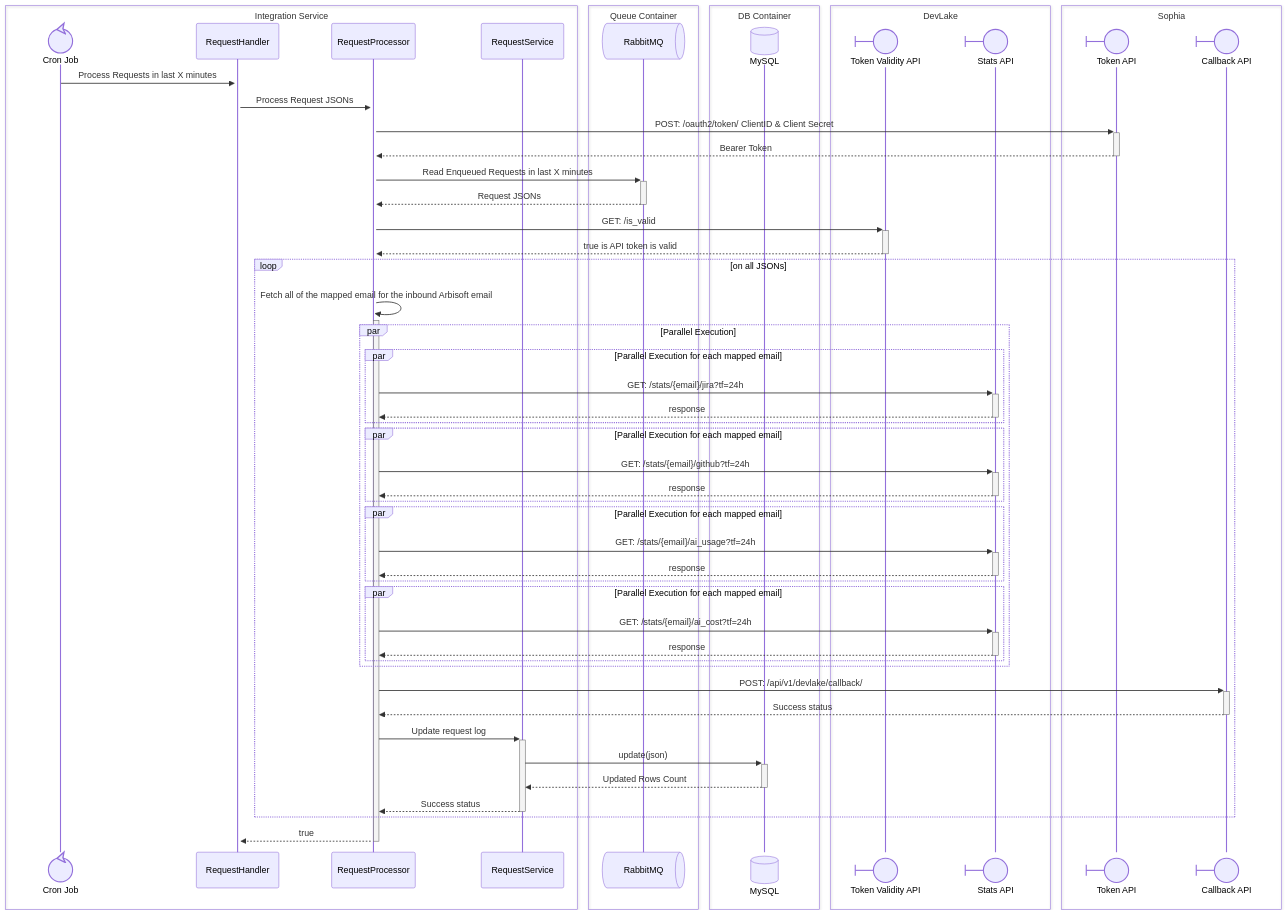
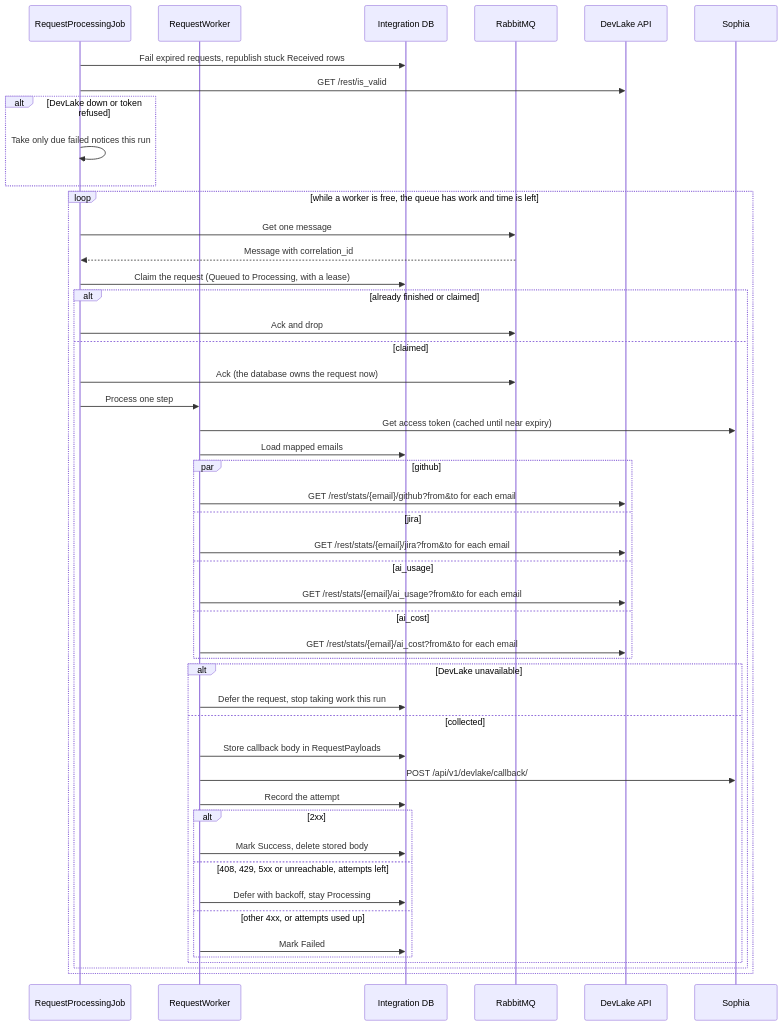
One commit to arbisoft/incubator-devlake changed the sixth of 7 diagrams in integration-service-architecture-plan.md. Above: the diagram before and after it, drawn with Mermaid. The commit also changed other lines of this file, not shown here.

First line of the commit message:
docs: update integration service plan to match the built service

````diff
--- a/integration-service-architecture-plan.md
+++ b/integration-service-architecture-plan.md
@@ -427,68 +681,51 @@
 ```mermaid
 sequenceDiagram
-    box Integration Service
-        participant cron_job@{ "type": "control" } as Cron Job
-        participant request_handler as RequestHandler
-        participant request_processor as RequestProcessor
-        participant request_service as RequestService
+    participant job as RequestProcessingJob
+    participant worker as RequestWorker
+    participant db as Integration DB
+    participant rmq as RabbitMQ
+    participant devlake as DevLake API
+    participant sophia as Sophia
+
+    job->>db: Fail expired requests, republish stuck Received rows
+    job->>devlake: GET /rest/is_valid
+    alt DevLake down or token refused
+        job->>job: Take only due failed notices this run
     end
-    box Queue Container
-        participant rmq@{ "type": "queue"} as RabbitMQ
-    end
-    box DB Container
-        participant db@{ "type": "database" } as MySQL
-    end
-    box DevLake
-        participant dl_token_validity_api@{ "type": "boundary" } as Token Validity API
-        participant stats_api@{ "type": "boundary" } as Stats API
-    end
-    box Sophia
-        participant so_token_api@{ "type": "boundary" } as Token API
-        participant callback_api@{ "type": "boundary" } as Callback API
-    end
-
-    cron_job->>+request_handler: Process Requests in last X minutes
-    request_handler->>+request_processor:Process Request JSONs
-
-    request_processor->>+so_token_api: POST: /oauth2/token/ ClientID & Client Secret
-    so_token_api-->>-request_processor: Bearer Token
-
-    request_processor->>+rmq:Read Enqueued Requests in last X minutes
-    rmq-->>-request_processor: Request JSONs
-
-    request_processor->>+dl_token_validity_api: GET: /is_valid
-    dl_token_validity_api-->>-request_processor: true is API token is valid
-
-    loop on all JSONs
-        request_processor->>+request_processor: Fetch all of the mapped email for the inbound Arbisoft email
-        par Parallel Execution
-
-            par Parallel Execution for each mapped email
-                request_processor->>+stats_api: GET: /stats/{email}/jira?tf=24h
-                stats_api-->>-request_processor: response
+    loop while a worker is free, the queue has work and time is left
+        job->>rmq: Get one message
+        rmq-->>job: Message with correlation_id
+        job->>db: Claim the request (Queued to Processing, with a lease)
+        alt already finished or claimed
+            job->>rmq: Ack and drop
+        else claimed
+            job->>rmq: Ack (the database owns the request now)
+            job->>worker: Process one step
+            worker->>sophia: Get access token (cached until near expiry)
+            worker->>db: Load mapped emails
+            par github
+                worker->>devlake: GET /rest/stats/{email}/github?from&to for each email
+            and jira
+                worker->>devlake: GET /rest/stats/{email}/jira?from&to for each email
+            and ai_usage
+                worker->>devlake: GET /rest/stats/{email}/ai_usage?from&to for each email
+            and ai_cost
+                worker->>devlake: GET /rest/stats/{email}/ai_cost?from&to for each email
             end
-            par Parallel Execution for each mapped email
-                request_processor->>+stats_api: GET: /stats/{email}/github?tf=24h
-                stats_api-->>-request_processor: response
-            end
-            par Parallel Execution for each mapped email
-                request_processor->>+stats_api: GET: /stats/{email}/ai_usage?tf=24h
-                stats_api-->>-request_processor: response
-            end
-            par Parallel Execution for each mapped email
-                request_processor->>+stats_api: GET: /stats/{email}/ai_cost?tf=24h
-                stats_api-->>-request_processor: response
+            alt DevLake unavailable
+                worker->>db: Defer the request, stop taking work this run
+            else collected
+                worker->>db: Store callback body in RequestPayloads
+                worker->>sophia: POST /api/v1/devlake/callback/
+                worker->>db: Record the attempt
+                alt 2xx
+                    worker->>db: Mark Success, delete stored body
+                else 408, 429, 5xx or unreachable, attempts left
+                    worker->>db: Defer with backoff, stay Processing
+                else other 4xx, or attempts used up
+                    worker->>db: Mark Failed
+                end
             end
         end
-
-        request_processor->>+callback_api: POST: /api/v1/devlake/callback/
-        callback_api-->>-request_processor: Success status
-
-        request_processor->>+request_service: Update request log
-        request_service->>+db: update(json)
-        db-->>-request_service: Updated Rows Count
-        request_service-->>-request_processor: Success status
     end
-    
-    request_processor-->>-request_handler: true
 ```
````
